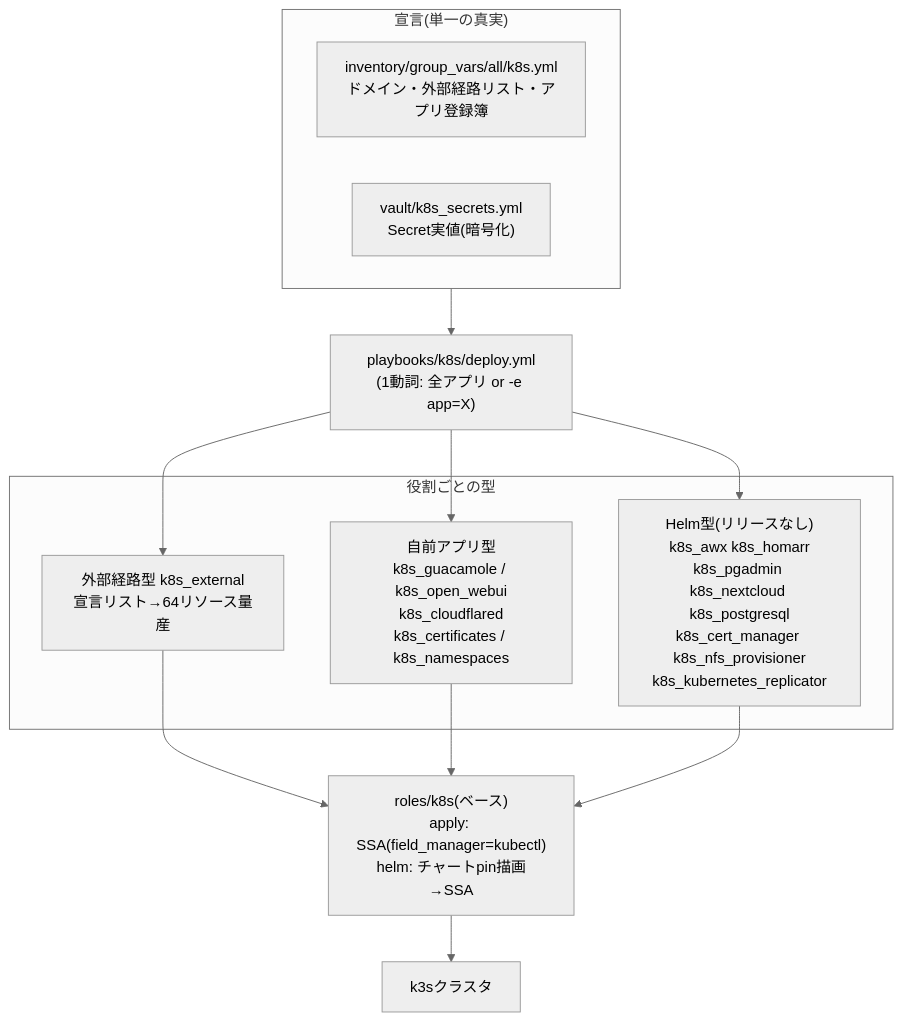
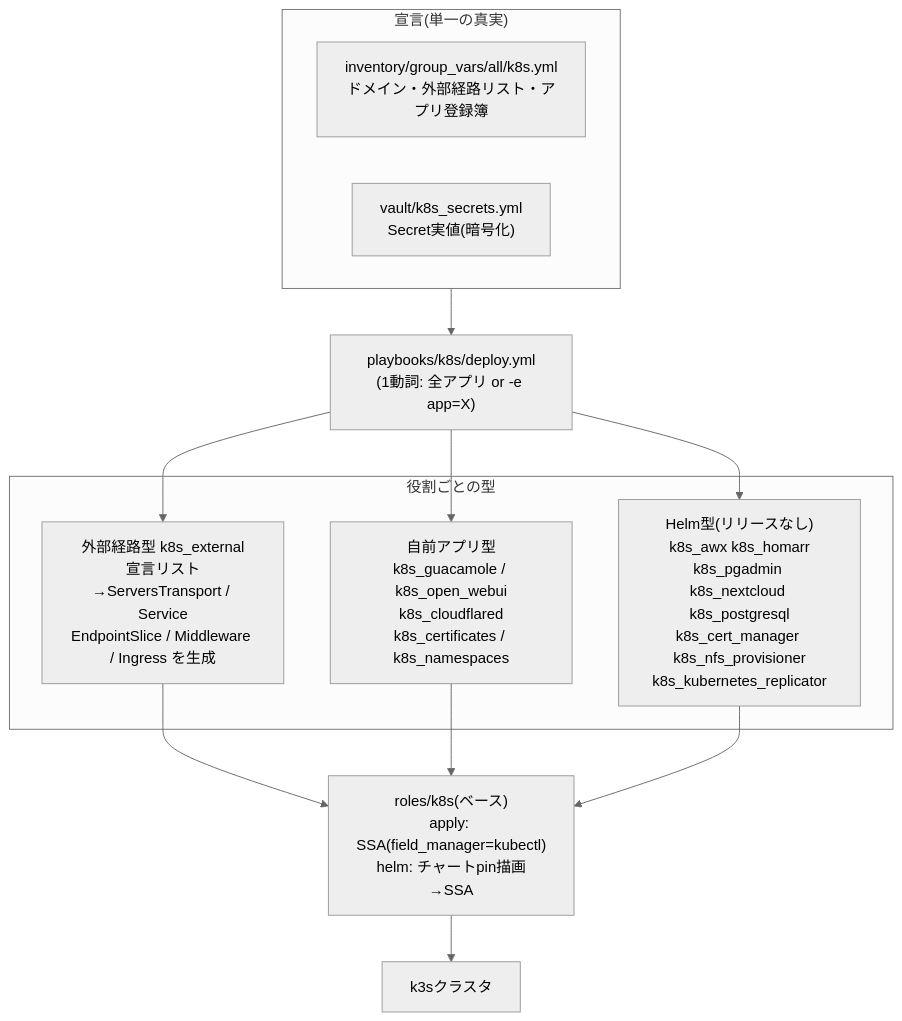
One commit to CHACCHAN/infrastructure changed the first of 2 diagrams in docs/k8s/README.md. Above: the diagram before and after it, drawn with Mermaid (neutral theme). The commit also changed other lines of this file and 109 other files, not shown here.

````diff
--- a/docs/k8s/README.md
+++ b/docs/k8s/README.md
@@ -9,15 +9,15 @@
 ```mermaid
 flowchart TB
     subgraph 宣言["宣言(単一の真実)"]
         G["inventory/group_vars/all/k8s.yml<br>ドメイン・外部経路リスト・アプリ登録簿"]
         V["vault/k8s_secrets.yml<br>Secret実値(暗号化)"]
     end
     D["playbooks/k8s/deploy.yml<br>(1動詞: 全アプリ or -e app=X)"]
     subgraph 型["役割ごとの型"]
-        E["外部経路型 k8s_external<br>宣言リスト→64リソース量産"]
+        E["外部経路型 k8s_external<br>宣言リスト→ServersTransport / Service<br>EndpointSlice / Middleware / Ingress を生成"]
         S["自前アプリ型<br>k8s_guacamole / k8s_open_webui<br>k8s_cloudflared<br>k8s_certificates / k8s_namespaces"]
         H["Helm型(リリースなし)<br>k8s_awx k8s_homarr<br>k8s_pgadmin k8s_nextcloud k8s_postgresql<br>k8s_cert_manager k8s_nfs_provisioner<br>k8s_kubernetes_replicator"]
     end
     B["roles/k8s(ベース)<br>apply: SSA(field_manager=kubectl)<br>helm: チャートpin描画→SSA"]
     宣言 --> D --> E & S & H --> B --> C["k3sクラスタ"]
 ```
````
